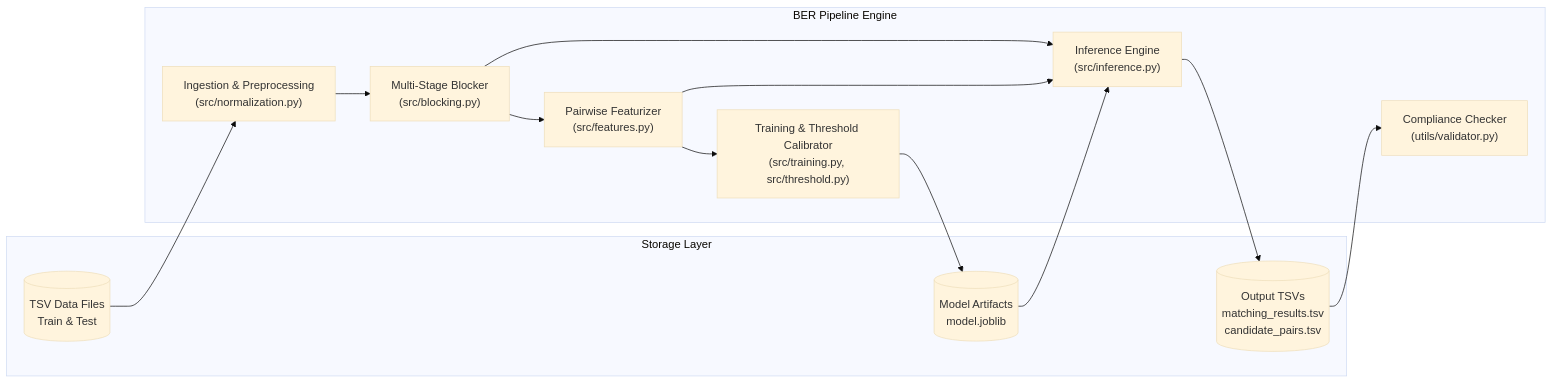
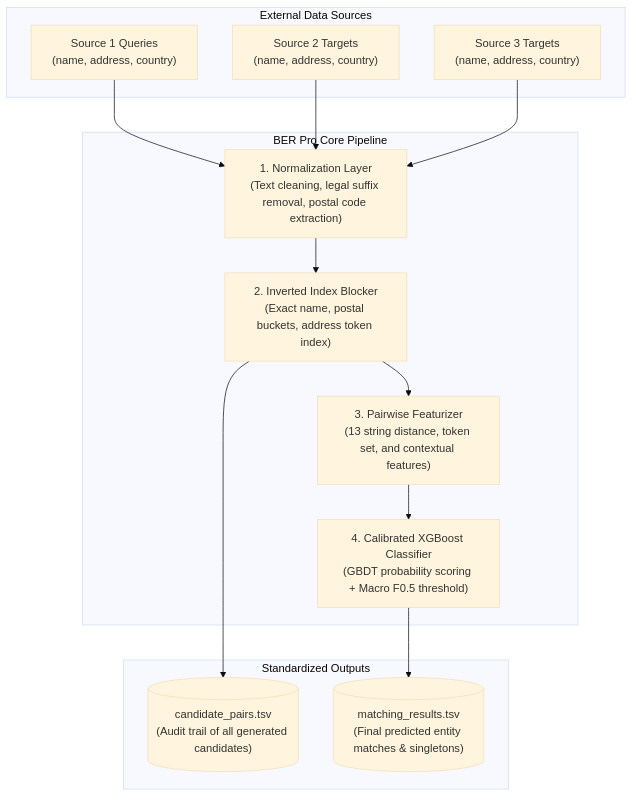
The first of 7 diagrams in BER pro/ARCHITECTURE.md (mohit809/Business-Entity-Resolution), drawn with Mermaid (base theme) before and after one commit. The commit also changed other lines of this file and 5 other files, not shown here.

````diff
--- a/BER pro/ARCHITECTURE.md
+++ b/BER pro/ARCHITECTURE.md
@@ -87,28 +11,29 @@
 ```mermaid
-flowchart LR
-    subgraph Storage ["Storage Layer"]
-        RawFiles[("TSV Data Files\nTrain & Test")]
-        ModelStore[("Model Artifacts\nmodel.joblib")]
-        FinalOutput[("Output TSVs\nmatching_results.tsv\ncandidate_pairs.tsv")]
+flowchart TD
+    subgraph InputSources ["External Data Sources"]
+        S1["Source 1 Queries\n(name, address, country)"]
+        S2["Source 2 Targets\n(name, address, country)"]
+        S3["Source 3 Targets\n(name, address, country)"]
     end
 
-    subgraph BERContainer ["BER Pipeline Engine"]
-        IngestMod["Ingestion & Preprocessing\n(src/normalization.py)"]
-        BlockerMod["Multi-Stage Blocker\n(src/blocking.py)"]
-        FeatureMod["Pairwise Featurizer\n(src/features.py)"]
-        TrainMod["Training & Threshold Calibrator\n(src/training.py, src/threshold.py)"]
-        InferMod["Inference Engine\n(src/inference.py)"]
-        ValidateMod["Compliance Checker\n(utils/validator.py)"]
+    subgraph BERCore ["BER Pro Core Pipeline"]
+        Norm["1. Normalization Layer\n(Text cleaning, legal suffix removal, postal code extraction)"]
+        Block["2. Inverted Index Blocker\n(Exact name, postal buckets, address token index)"]
+        Feat["3. Pairwise Featurizer\n(13 string distance, token set, and contextual features)"]
+        Model["4. Calibrated XGBoost Classifier\n(GBDT probability scoring + Macro F0.5 threshold)"]
     end
 
-    RawFiles --> IngestMod
-    IngestMod --> BlockerMod
-    BlockerMod --> FeatureMod
-    FeatureMod --> TrainMod
-    TrainMod --> ModelStore
-    ModelStore --> InferMod
-    BlockerMod --> InferMod
-    FeatureMod --> InferMod
-    InferMod --> FinalOutput
-    FinalOutput --> ValidateMod
+    subgraph Outputs ["Standardized Outputs"]
+        CandPairs[("candidate_pairs.tsv\n(Audit trail of all generated candidates)")]
+        MatchResults[("matching_results.tsv\n(Final predicted entity matches & singletons)")]
+    end
+
+    S1 --> Norm
+    S2 --> Norm
+    S3 --> Norm
+    Norm --> Block
+    Block --> CandPairs
+    Block --> Feat
+    Feat --> Model
+    Model --> MatchResults
 ```
````
